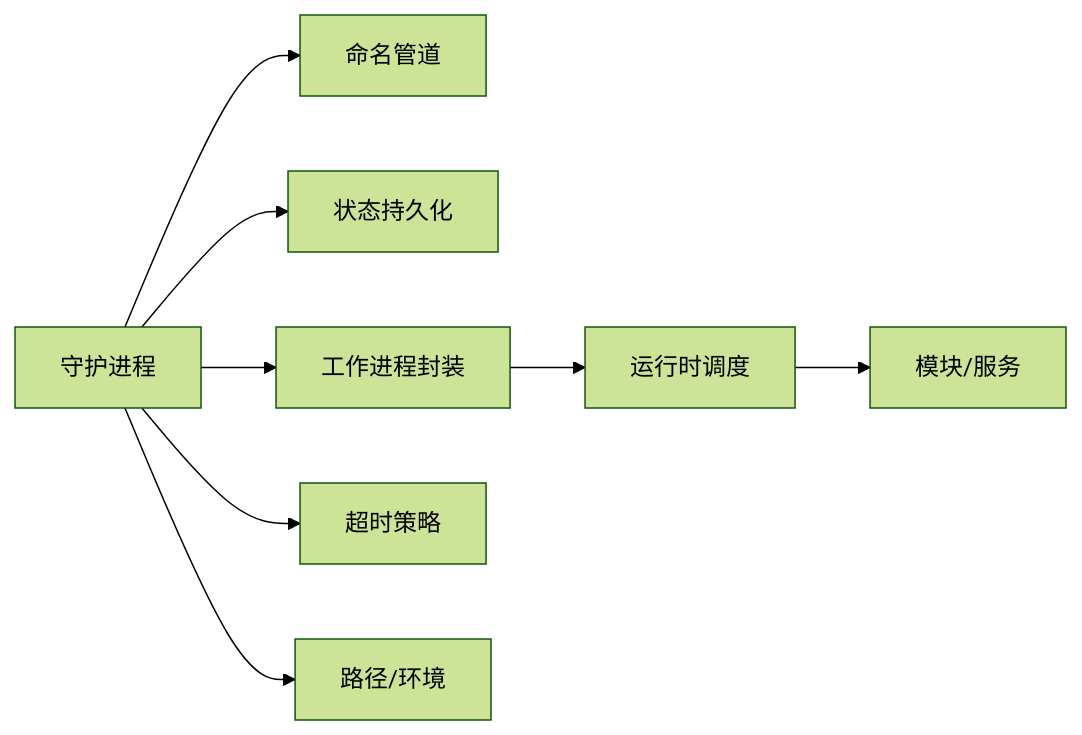
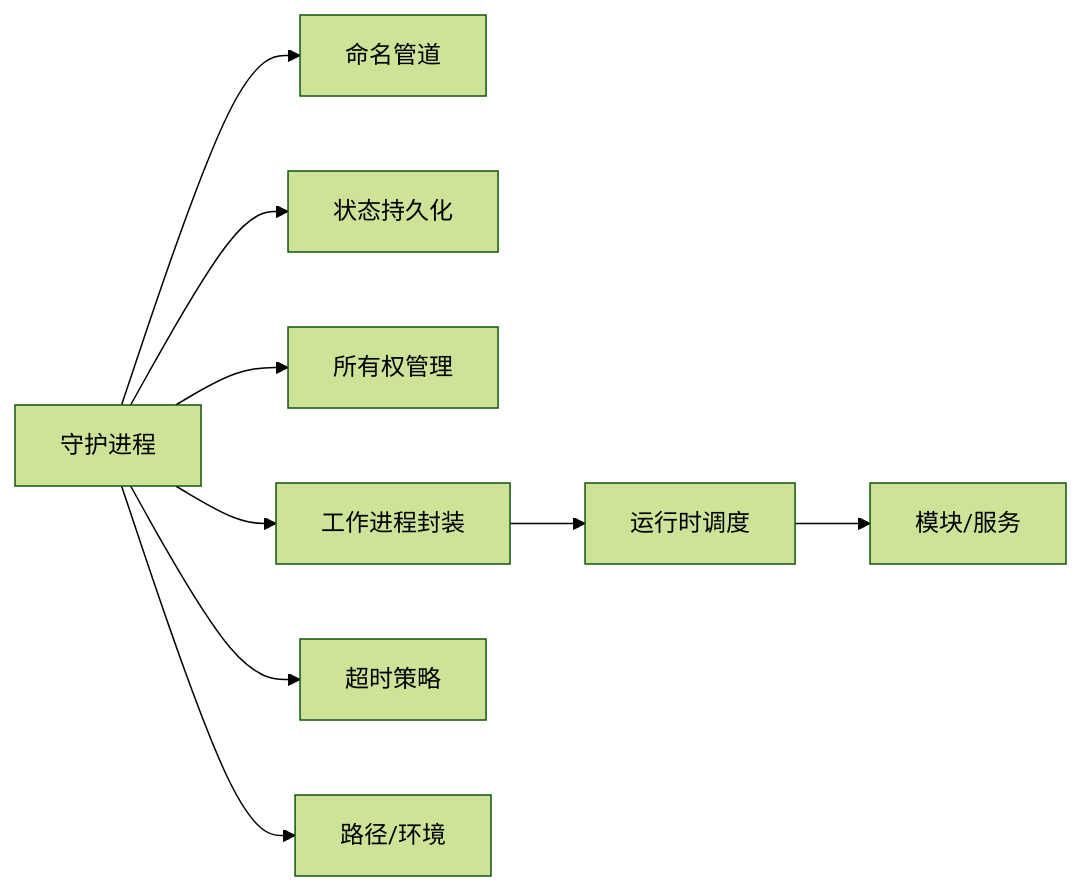
Before and after one commit to haolange/RDC-Tool: the eighth of 8 diagrams in .qoder/repowiki/zh/content/架构设计/守护进程通信/守护进程服务器.md, drawn with Mermaid (forest theme). The commit also changed other lines of this file and 67 other files, not shown here.

````diff
--- a/.qoder/repowiki/zh/content/架构设计/守护进程通信/守护进程服务器.md
+++ b/.qoder/repowiki/zh/content/架构设计/守护进程通信/守护进程服务器.md
@@ -329,10 +405,11 @@
 ```mermaid
 graph LR
 D["守护进程"] --> N["命名管道"]
 D --> S["状态持久化"]
+D --> O["所有权管理"]
 D --> W["工作进程封装"]
 D --> T["超时策略"]
 D --> P["路径/环境"]
 W --> R["运行时调度"]
 R --> M["模块/服务"]
 ```
````
